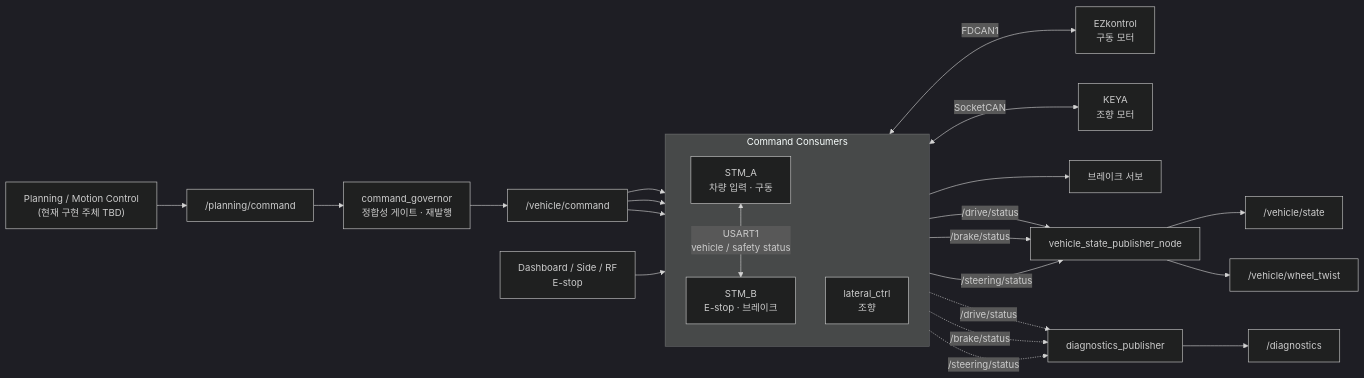
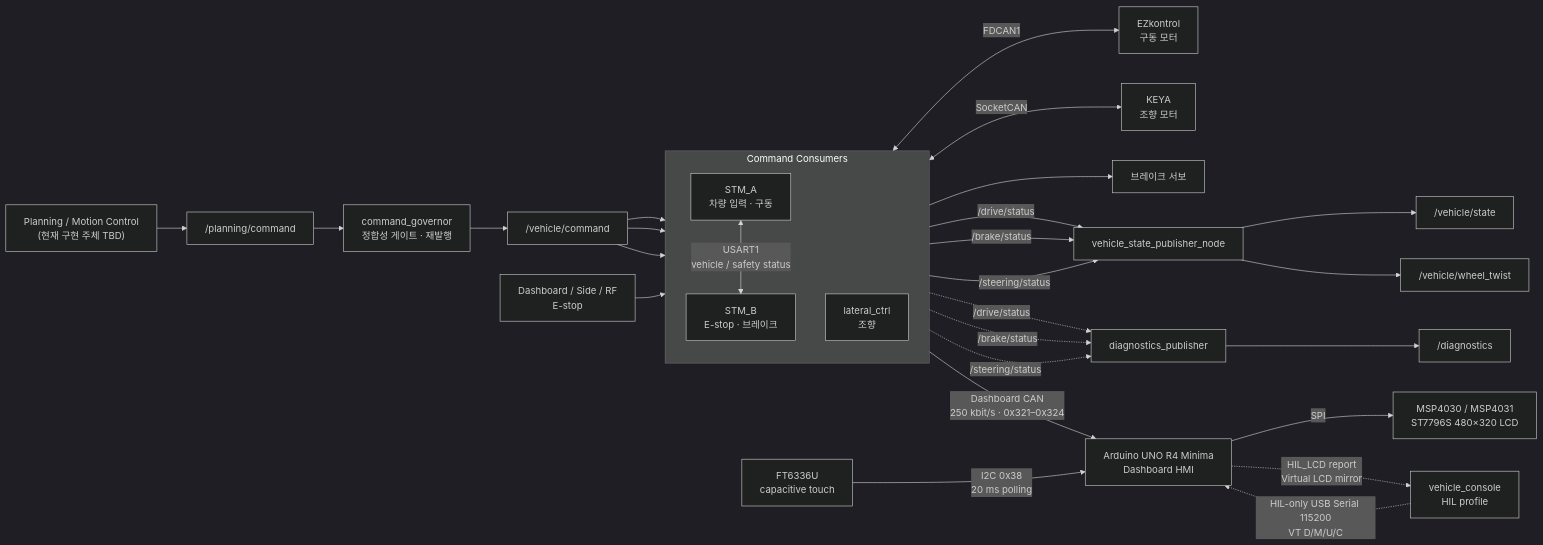
The first of 2 diagrams in docs/ARCHITECTURE.md (shinjuyeop/Control), drawn with Mermaid (dark theme) before and after one commit. The commit also changed other lines of this file and 10 other files, not shown here.

First line of the commit message:
docs: align system contracts with Console and Arduino HMI

````diff
--- a/docs/ARCHITECTURE.md
+++ b/docs/ARCHITECTURE.md
@@ -15,45 +15,54 @@
 ```mermaid
 flowchart LR
     Planning["Planning / Motion Control<br/>(현재 구현 주체 TBD)"]
     PlanCmd["/planning/command"]
     Governor["command_governor<br/>정합성 게이트 · 재발행"]
     Command["/vehicle/command"]
 
     subgraph Consumers["Command Consumers"]
         direction TB
         STMA["STM_A<br/>차량 입력 · 구동"]
         STMB["STM_B<br/>E-stop · 브레이크"]
         Steering["lateral_ctrl<br/>조향"]
     end
 
     Drive["EZkontrol<br/>구동 모터"]
     Keya["KEYA<br/>조향 모터"]
     Estop["Dashboard / Side / RF<br/>E-stop"]
     Servo["브레이크 서보"]
     Fusion["vehicle_state_publisher_node"]
     State["/vehicle/state"]
     WheelTwist["/vehicle/wheel_twist"]
     Diagnostics["diagnostics_publisher"]
     DiagnosticTopic["/diagnostics"]
+    UNO["Arduino UNO R4 Minima<br/>Dashboard HMI"]
+    LCD["MSP4030 / MSP4031<br/>ST7796S 480×320 LCD"]
+    Touch["FT6336U<br/>capacitive touch"]
+    HilConsole["vehicle_console<br/>HIL profile"]
 
     Planning --> PlanCmd
     PlanCmd --> Governor
     Governor --> Command
     Command --> STMA
     Command --> STMB
     Command --> Steering
     STMA <-->|"USART1<br/>vehicle / safety status"| STMB
     STMA <-->|"FDCAN1"| Drive
     Steering <-->|"SocketCAN"| Keya
     Estop --> STMB
     STMB --> Servo
     STMA -->|"/drive/status"| Fusion
     STMB -->|"/brake/status"| Fusion
     Steering -->|"/steering/status"| Fusion
     Fusion --> State
     Fusion --> WheelTwist
     STMA -.->|"/drive/status"| Diagnostics
     STMB -.->|"/brake/status"| Diagnostics
     Steering -.->|"/steering/status"| Diagnostics
     Diagnostics --> DiagnosticTopic
+    STMB -->|"Dashboard CAN<br/>250 kbit/s · 0x321–0x324"| UNO
+    UNO -->|"SPI"| LCD
+    Touch -->|"I2C 0x38<br/>20 ms polling"| UNO
+    HilConsole -.->|"HIL-only USB Serial 115200<br/>VT D/M/U/C"| UNO
+    UNO -.->|"HIL_LCD report<br/>Virtual LCD mirror"| HilConsole
 ```
````
